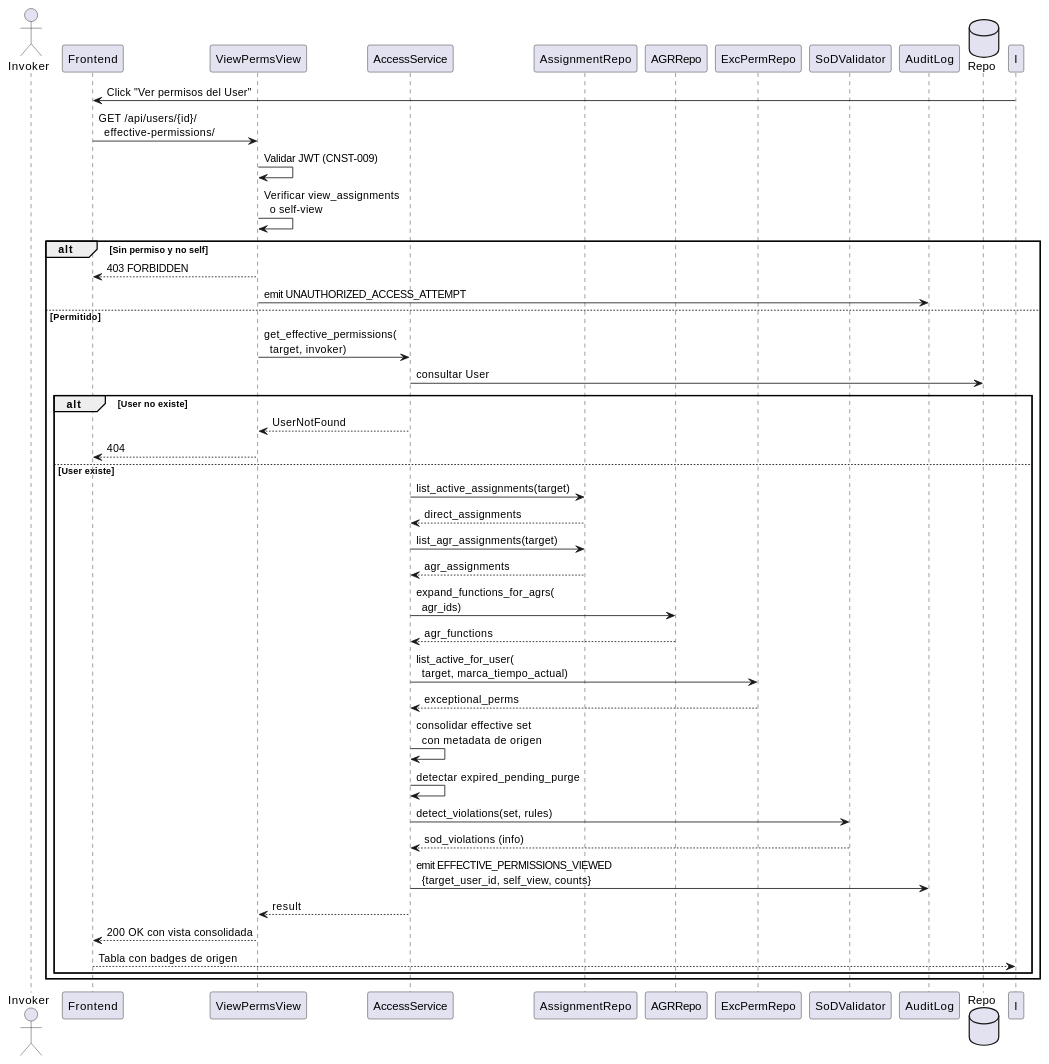
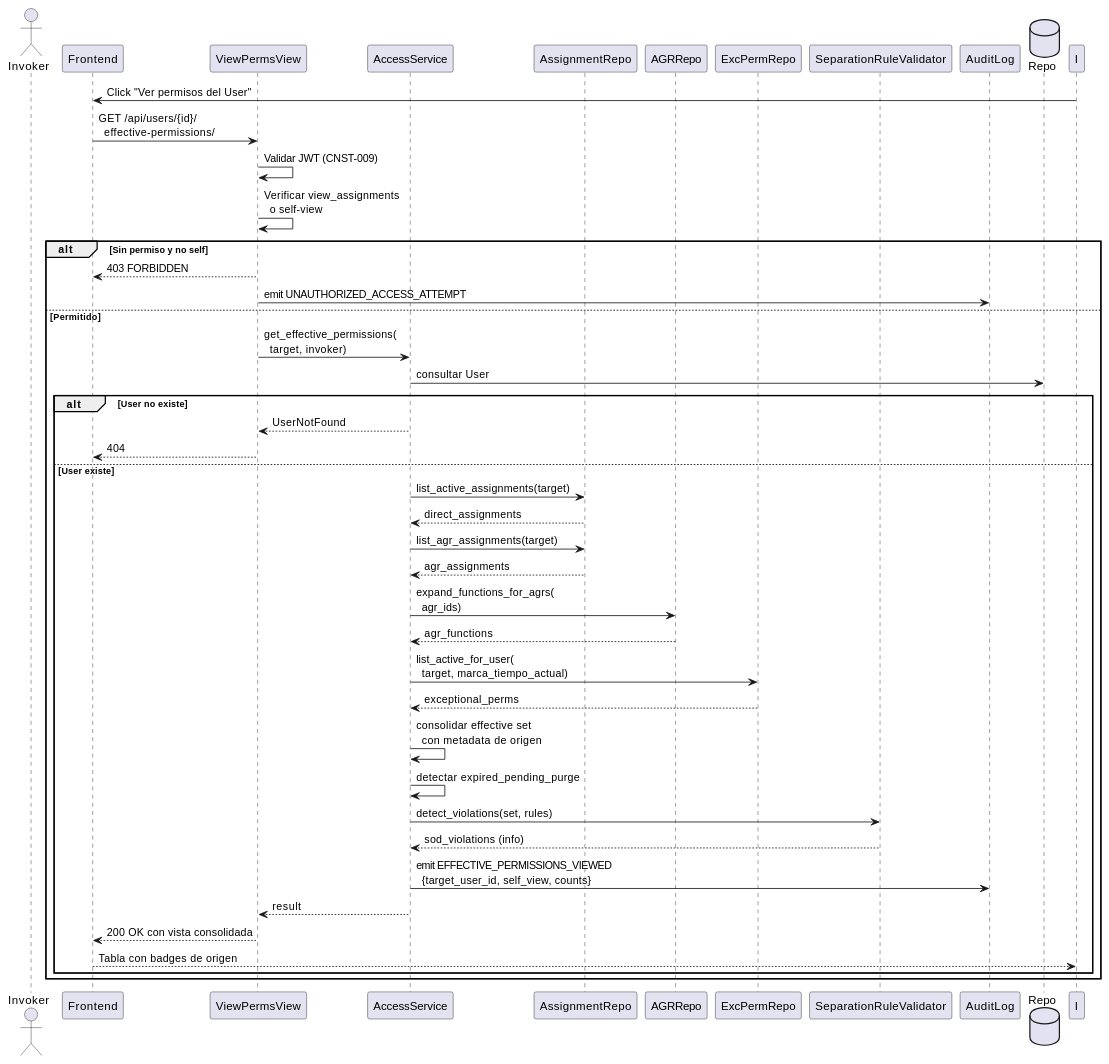
Before and after one commit to jcg-admin/IACT-docs: the diagram in source/requisitos/casos-uso/access/uc-acc-03/diagramas-uml/diagrama-de-secuencia.rst, drawn with PlantUML. The commit also changed 148 other files, not shown here.

```diff
--- a/source/requisitos/casos-uso/access/uc-acc-03/diagramas-uml/diagrama-de-secuencia.rst
+++ b/source/requisitos/casos-uso/access/uc-acc-03/diagramas-uml/diagrama-de-secuencia.rst
@@ -4,55 +4,55 @@
 .. uml::
  :caption: UC_ACC_03 — flujo principal
 
  @startuml
 
  actor Invoker as Invoker
  participant "Frontend" as Frontend
  participant "ViewPermsView" as Viewpermsview
  participant "AccessService" as Accessservice
  participant "AssignmentRepo" as Assignmentrepo
  participant "AGRRepo" as Agrrepo
  participant "ExcPermRepo" as Excpermrepo
- participant "SoDValidator" as Sodvalidator
+ participant "SeparationRuleValidator" as Sodvalidator
  participant "AuditLog" as Auditlog
  database "Repo" as Repo
 
  I -> Frontend: Click "Ver permisos del User"
  Frontend -> Viewpermsview: GET /api/users/{id}/\n  effective-permissions/
 
  Viewpermsview -> Viewpermsview: Validar JWT (CNST-009)
  Viewpermsview -> Viewpermsview: Verificar view_assignments\n  o self-view
 
  alt Sin permiso y no self
    Viewpermsview --> Frontend: 403 FORBIDDEN
    Viewpermsview -> Auditlog: emit UNAUTHORIZED_ACCESS_ATTEMPT
  else Permitido
    Viewpermsview -> Accessservice: get_effective_permissions(\n  target, invoker)
 
    Accessservice -> Repo: consultar User
    alt User no existe
      Accessservice --> Viewpermsview: UserNotFound
      Viewpermsview --> Frontend: 404
    else User existe
      Accessservice -> Assignmentrepo: list_active_assignments(target)
      Assignmentrepo --> Accessservice: direct_assignments
      Accessservice -> Assignmentrepo: list_agr_assignments(target)
      Assignmentrepo --> Accessservice: agr_assignments
      Accessservice -> Agrrepo: expand_functions_for_agrs(\n  agr_ids)
      Agrrepo --> Accessservice: agr_functions
      Accessservice -> Excpermrepo: list_active_for_user(\n  target, marca_tiempo_actual)
      Excpermrepo --> Accessservice: exceptional_perms
      Accessservice -> Accessservice: consolidar effective set\n  con metadata de origen
      Accessservice -> Accessservice: detectar expired_pending_purge
      Accessservice -> Sodvalidator: detect_violations(set, rules)
      Sodvalidator --> Accessservice: sod_violations (info)
 
      Accessservice -> Auditlog: emit EFFECTIVE_PERMISSIONS_VIEWED\n  {target_user_id, self_view, counts}
 
      Accessservice --> Viewpermsview: result
      Viewpermsview --> Frontend: 200 OK con vista consolidada
      Frontend --> I: Tabla con badges de origen
    end
  end
 
  @enduml
```
